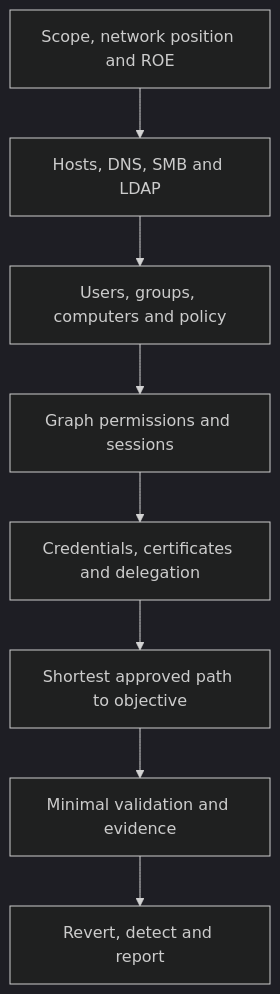
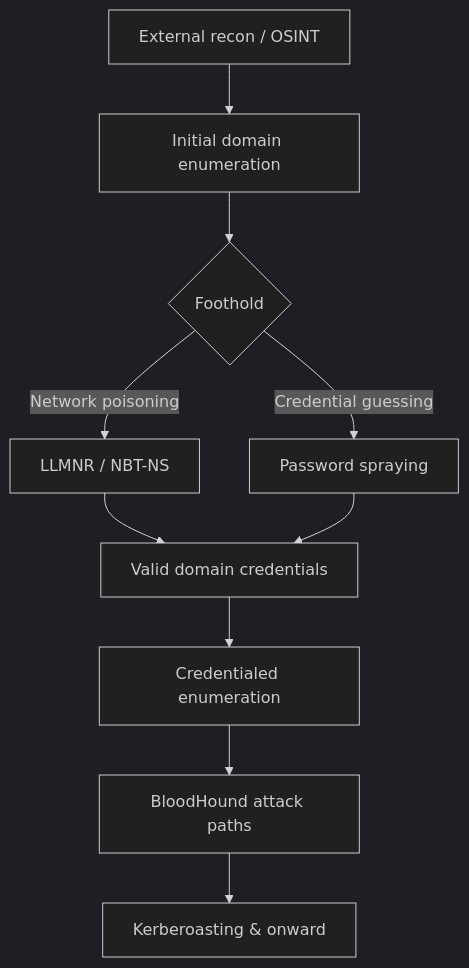
The diagram in docs/active-directory/index.md (0x3xp10i73r/offsec-vault), drawn with Mermaid (dark theme) before and after one commit. The commit also changed other lines of this file and 609 other files, not shown here.

````diff
--- a/docs/active-directory/index.md
+++ b/docs/active-directory/index.md
@@ -21,10 +47,12 @@
 ```mermaid
 flowchart TD
-    A[Scope, network position and ROE] --> B[Hosts, DNS, SMB and LDAP]
-    B --> C[Users, groups, computers and policy]
-    C --> D[Graph permissions and sessions]
-    D --> E[Credentials, certificates and delegation]
-    E --> F[Shortest approved path to objective]
-    F --> G[Minimal validation and evidence]
-    G --> H[Revert, detect and report]
+    A[External recon / OSINT] --> B[Initial domain enumeration]
+    B --> C{Foothold}
+    C -->|Network poisoning| D[LLMNR / NBT-NS]
+    C -->|Credential guessing| E[Password spraying]
+    D --> F[Valid domain credentials]
+    E --> F
+    F --> G[Credentialed enumeration]
+    G --> H[BloodHound attack paths]
+    H --> I[Kerberoasting & onward]
 ```
````
